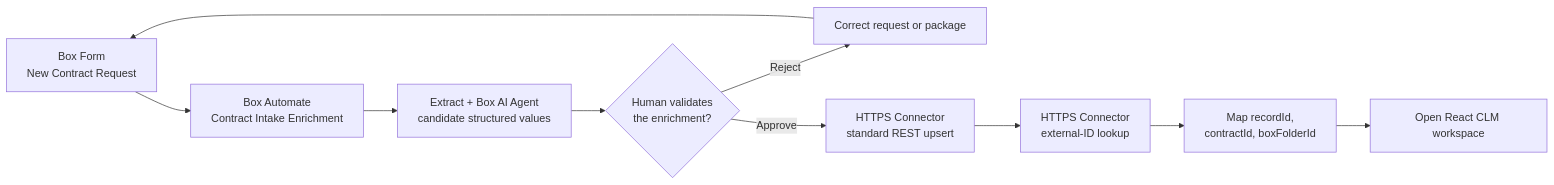
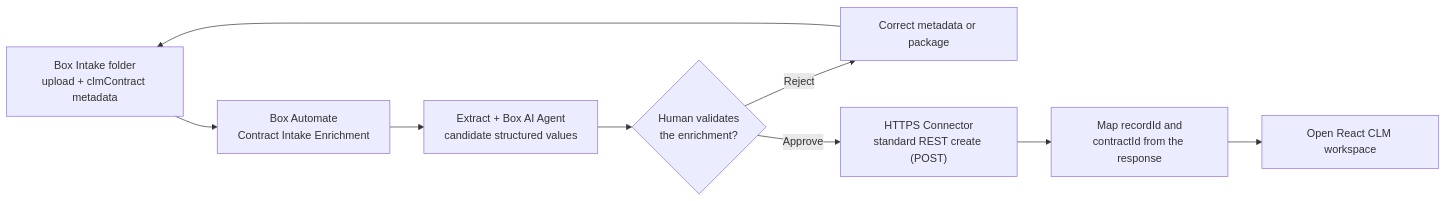
Before and after one commit to unofficialbox/box-bedrock-for-clm: the diagram in docs/operator/scenarios/cross-platform-agentic-orchestration/supporting-react-scripts/04-box-form-automate-entry.md, drawn with Mermaid. The commit also changed other lines of this file and 35 other files, not shown here.

First line of the commit message:
Sweep docs and diagrams to the metadata-triggered intake

````diff
--- a/docs/operator/scenarios/cross-platform-agentic-orchestration/supporting-react-scripts/04-box-form-automate-entry.md
+++ b/docs/operator/scenarios/cross-platform-agentic-orchestration/supporting-react-scripts/04-box-form-automate-entry.md
@@ -9,12 +11,11 @@
 ```mermaid
 flowchart LR
-    Form["Box Form<br/>New Contract Request"] --> Automate["Box Automate<br/>Contract Intake Enrichment"]
+    Intake["Box Intake folder<br/>upload + clmContract metadata"] --> Automate["Box Automate<br/>Contract Intake Enrichment"]
     Automate --> Extract["Extract + Box AI Agent<br/>candidate structured values"]
     Extract --> Gate{"Human validates<br/>the enrichment?"}
-    Gate -- "Reject" --> Rework["Correct request or package"]
-    Rework --> Form
-    Gate -- "Approve" --> Upsert["HTTPS Connector<br/>standard REST upsert"]
-    Upsert --> Lookup["HTTPS Connector<br/>external-ID lookup"]
-    Lookup --> Context["Map recordId,<br/>contractId, boxFolderId"]
+    Gate -- "Reject" --> Rework["Correct metadata or package"]
+    Rework --> Intake
+    Gate -- "Approve" --> Create["HTTPS Connector<br/>standard REST create (POST)"]
+    Create --> Context["Map recordId and<br/>contractId from the response"]
     Context --> React["Open React CLM workspace"]
 ```
````
